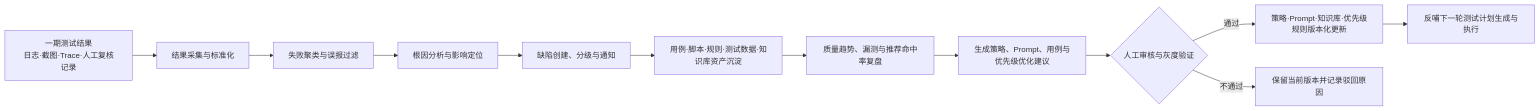
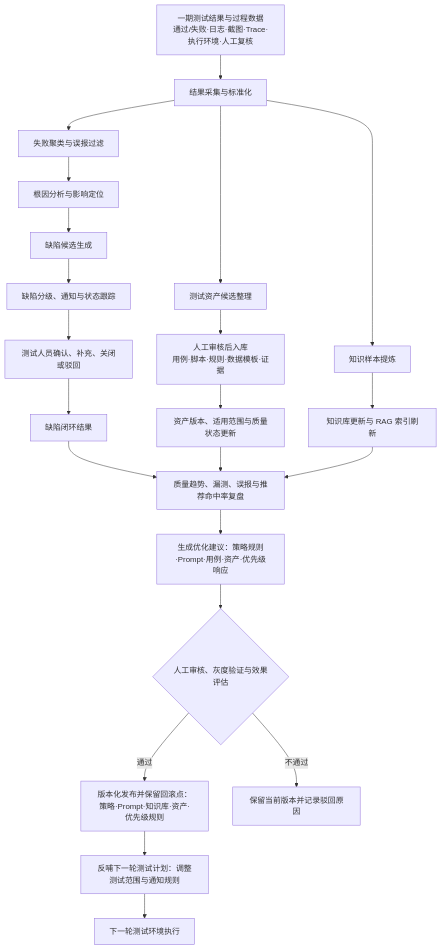
One commit to xiangsong97/xueran changed the fifth of 7 diagrams in AI驱动自动化测试平台自研落地实施方案.md. Above: the diagram before and after it, drawn with Mermaid. The commit also changed other lines of this file, not shown here.

````diff
--- a/AI驱动自动化测试平台自研落地实施方案.md
+++ b/AI驱动自动化测试平台自研落地实施方案.md
@@ -691,14 +725,24 @@
 ```mermaid
-flowchart LR
-    A["一期测试结果<br/>日志·截图·Trace·人工复核记录"] --> B["结果采集与标准化"]
+flowchart TD
+    A["一期测试结果与过程数据<br/>通过/失败·日志·截图·Trace·执行环境·人工复核"] --> B["结果采集与标准化"]
     B --> C["失败聚类与误报过滤"]
     C --> D["根因分析与影响定位"]
-    D --> E["缺陷创建、分级与通知"]
-    E --> F["用例·脚本·规则·测试数据·知识库资产沉淀"]
-    F --> G["质量趋势、漏测与推荐命中率复盘"]
-    G --> H["生成策略、Prompt、用例与优先级优化建议"]
-    H --> I{"人工审核与灰度验证"}
-    I -- "通过" --> J["策略·Prompt·知识库·优先级规则版本化更新"]
-    I -- "不通过" --> K["保留当前版本并记录驳回原因"]
-    J --> L["反哺下一轮测试计划生成与执行"]
+    D --> E["缺陷候选生成"]
+    E --> F["缺陷分级、通知与状态跟踪"]
+    F --> G["测试人员确认、补充、关闭或驳回"]
+    G --> H["缺陷闭环结果"]
+    B --> I["测试资产候选整理"]
+    I --> J["人工审核后入库<br/>用例·脚本·规则·数据模板·证据"]
+    J --> K["资产版本、适用范围与质量状态更新"]
+    B --> L["知识样本提炼"]
+    L --> M["知识库更新与 RAG 索引刷新"]
+    H --> N["质量趋势、漏测、误报与推荐命中率复盘"]
+    K --> N
+    M --> N
+    N --> O["生成优化建议：策略规则·Prompt·用例·资产·优先级响应"]
+    O --> P{"人工审核、灰度验证与效果评估"}
+    P -- "通过" --> Q["版本化发布并保留回滚点：策略·Prompt·知识库·资产·优先级规则"]
+    P -- "不通过" --> R["保留当前版本并记录驳回原因"]
+    Q --> S["反哺下一轮测试计划：调整测试范围与通知规则"]
+    S --> T["下一轮测试环境执行"]
 ```
````
